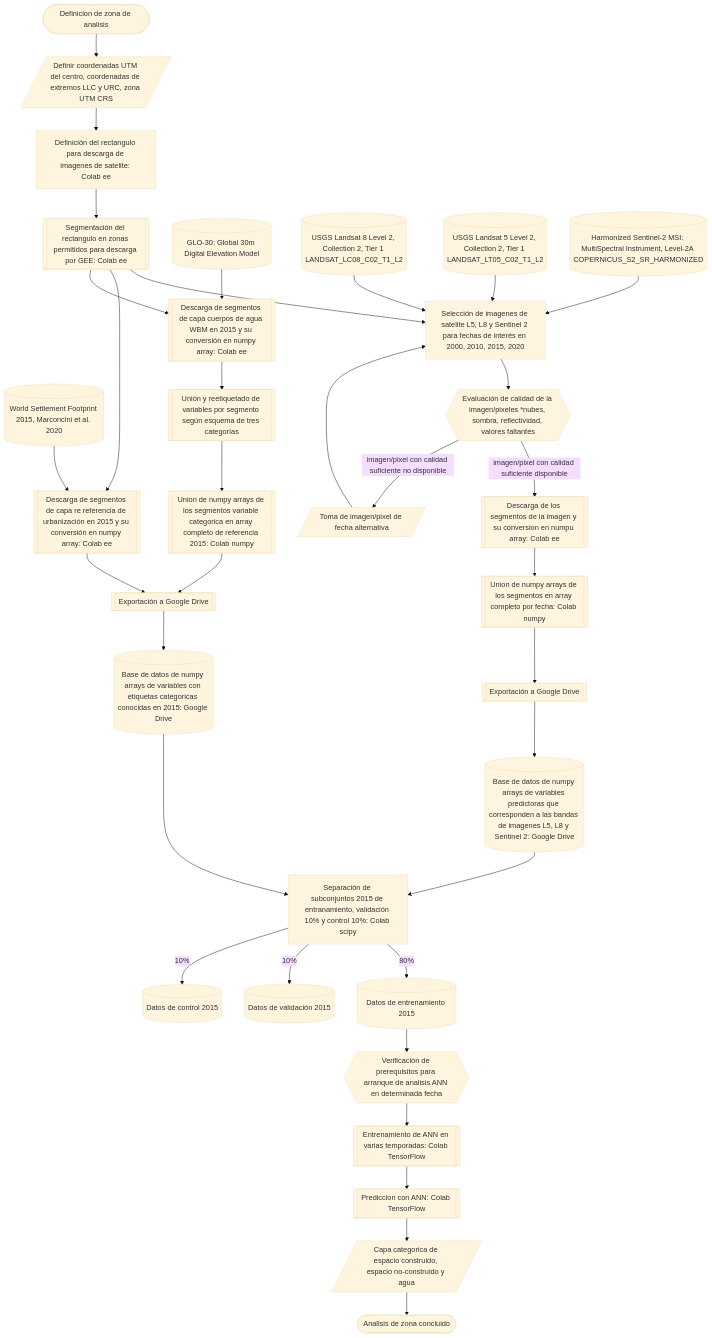
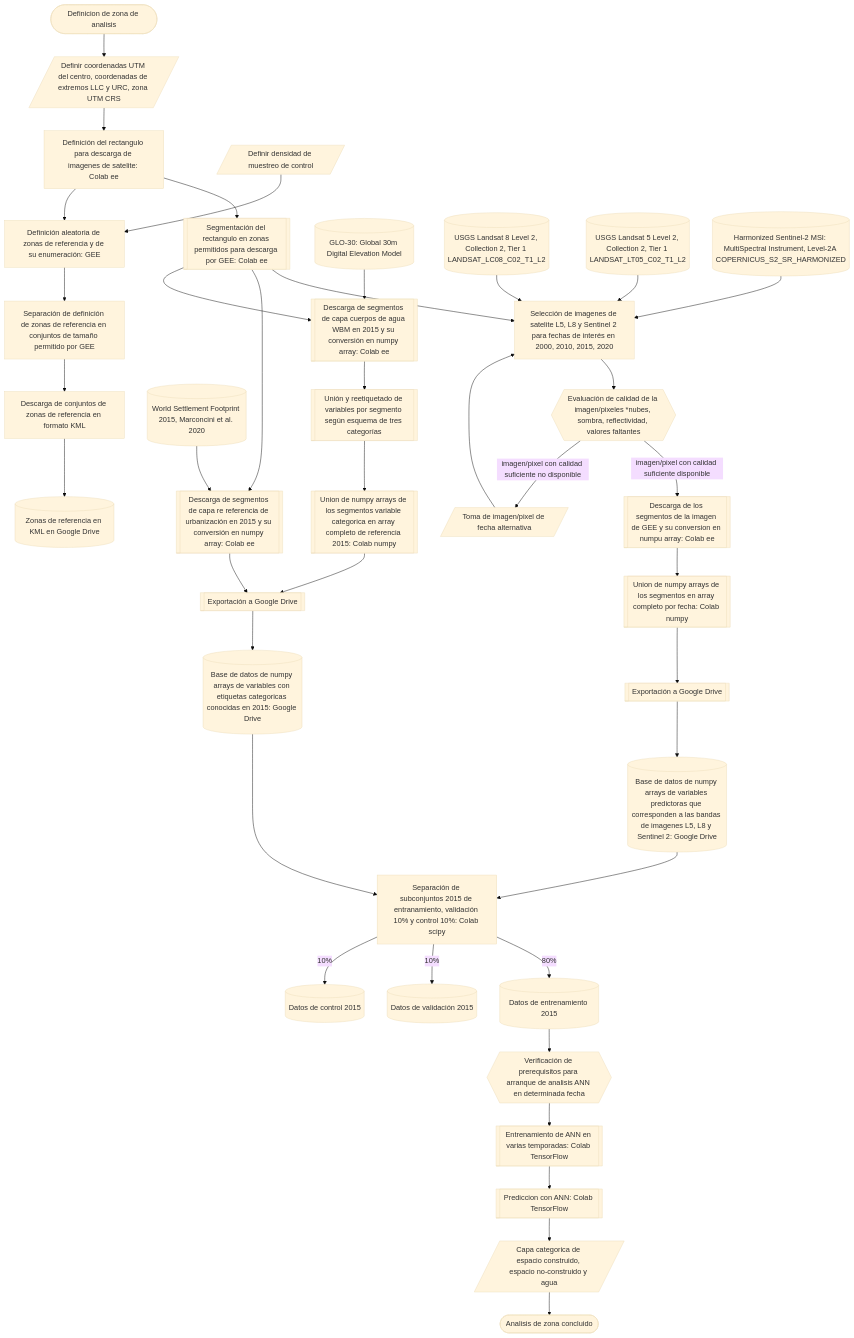
The diagram in AUEM/Esquemas/Esquema_de_procesos.mermaid (vshalisko/GEE), drawn with Mermaid (base theme) before and after one commit.

```diff
--- a/AUEM/Esquemas/Esquema_de_procesos.mermaid
+++ b/AUEM/Esquemas/Esquema_de_procesos.mermaid
@@ -1,39 +1,45 @@
 flowchart TD
   A1([Definicion de zona de analisis])-->B1
   B1[/Definir coordenadas UTM del centro, coordenadas de extremos LLC y URC, zona UTM CRS/]-->C1
   C1[Definición del rectangulo para descarga de imagenes de satelite: Colab ee]-->C2
+  C1-->B3
   C2[[Segmentación del rectangulo en zonas permitidos para descarga por GEE: Colab ee]]-->D1
+  B2[/Definir densidad de muestreo de control/]-->B3
+  B3[Definición aleatoria de zonas de referencia y de su enumeración: GEE]-->B4
+  B4[Separación de definición de zonas de referencia en conjuntos de tamaño permitido por GEE]-->B5
+  B5[Descarga de conjuntos de zonas de referencia en formato KML]-->B6
+  B6[(Zonas de referencia en KML en Google Drive)]
   C2-->C3
   C2-->C4
   D04[(World Settlement Footprint 2015, Marconcini et al. 2020)]-->C3
   C3[[Descarga de segmentos de capa re referencia de urbanización en 2015 y su conversión en numpy array: Colab ee]]-->E4
   D05[(GLO-30: Global 30m Digital Elevation Model)]-->C4
   C4[[Descarga de segmentos de capa cuerpos de agua WBM en 2015 y su conversión en numpy array: Colab ee]]-->C5
   C5[[Unión y reetiquetado de variables por segmento según esquema de tres categorías]]-->C6
   C6[[Union de numpy arrays de los segmentos variable categorica en array completo de referencia 2015: Colab numpy]]-->E4
   E4[[Exportación a Google Drive]]-->E4A
   D01[(USGS Landsat 8 Level 2, Collection 2, Tier 1 LANDSAT_LC08_C02_T1_L2)]-->D1
   D02[(USGS Landsat 5 Level 2, Collection 2, Tier 1 LANDSAT_LT05_C02_T1_L2)]-->D1
   D03[(Harmonized Sentinel-2 MSI: MultiSpectral Instrument, Level-2A COPERNICUS_S2_SR_HARMONIZED)]-->D1
   D1[Selección de imagenes de satelite L5, L8 y Sentinel 2 para fechas de interés en 2000, 2010, 2015, 2020]-->D2
   D2{{Evaluación de calidad de la imagen/pixeles *nubes, sombra, reflectividad, valores faltantes}}
   D2--imagen/pixel con calidad suficiente disponible-->E1
   D2--imagen/pixel con calidad suficiente no disponible-->D3
   D3[/Toma de imagen/pixel de fecha alternativa/]-->D1
-  E1[[Descarga de los segmentos de la imagen y su conversion en numpu array: Colab ee]]-->E2
+  E1[[Descarga de los segmentos de la imagen de GEE y su conversion en numpu array: Colab ee]]-->E2
   E2[[Union de numpy arrays de los segmentos en array completo por fecha: Colab numpy]]-->E3
   E3[[Exportación a Google Drive]]-->E3A
   E3A[(Base de datos de numpy arrays de variables predictoras que corresponden a las bandas de imagenes L5, L8 y Sentinel 2: Google Drive)]-->F1
   E4A[(Base de datos de numpy arrays de variables con etiquetas categoricas conocidas en 2015: Google Drive)]-->F1
   F1[Separación de subconjuntos 2015 de entranamiento, validación 10% y control 10%: Colab scipy]--80%-->F2A
   F1--10%-->F2B
   F1--10%-->F2C
   F2A[(Datos de entrenamiento 2015)]-->J1
   F2B[(Datos de validación 2015)]
   F2C[(Datos de control 2015)]
   
   J1{{Verificación de prerequisitos para arranque de analisis ANN en determinada fecha}}-->K1
   K1[[Entrenamiento de ANN en varias temporadas: Colab TensorFlow]]-->K2
   K2[[Prediccion con ANN: Colab TensorFlow]]-->M1
   M1[/Capa categorica de espacio construido, espacio no-construido y agua/]-->Z1
   Z1([Analisis de zona concluido])
```
